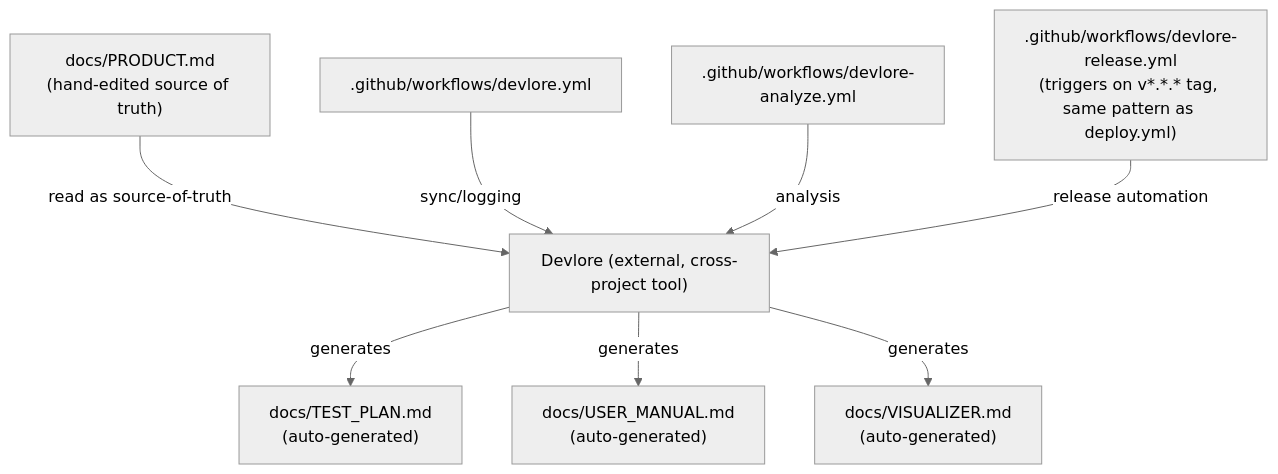
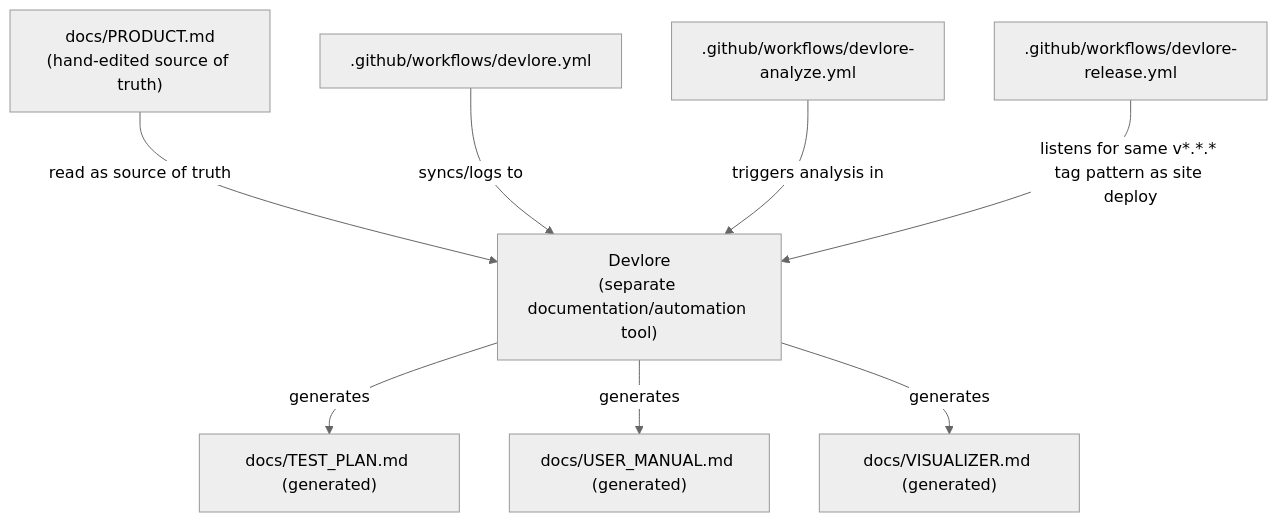
One commit to BubbaF377/heartland-fermenters-guild changed the third of 3 diagrams in docs/VISUALIZER.md. Above: the diagram before and after it, drawn with Mermaid (neutral theme). The commit also changed other lines of this file, not shown here.

Commit message:
Update visualizer (requirements changed): heartland-fermenters-guild

````diff
--- a/docs/VISUALIZER.md
+++ b/docs/VISUALIZER.md
@@ -78,22 +65,21 @@
 ```mermaid
 graph TD
     ProductDoc["docs/PRODUCT.md<br/>(hand-edited source of truth)"]
-    TestPlan["docs/TEST_PLAN.md<br/>(auto-generated)"]
-    UserManual["docs/USER_MANUAL.md<br/>(auto-generated)"]
-    Visualizer["docs/VISUALIZER.md<br/>(auto-generated)"]
+    Devlore["Devlore<br/>(separate documentation/automation tool)"]
 
-    DevloreWF[".github/workflows/devlore.yml"]
-    DevloreAnalyzeWF[".github/workflows/devlore-analyze.yml"]
-    DevloreReleaseWF[".github/workflows/devlore-release.yml<br/>(triggers on v*.*.* tag, same pattern as deploy.yml)"]
+    TestPlan["docs/TEST_PLAN.md (generated)"]
+    UserManual["docs/USER_MANUAL.md (generated)"]
+    Visualizer["docs/VISUALIZER.md (generated)"]
 
-    Devlore["Devlore (external, cross-project tool)"]
+    WfSync[".github/workflows/devlore.yml"]
+    WfAnalyze[".github/workflows/devlore-analyze.yml"]
+    WfRelease[".github/workflows/devlore-release.yml"]
 
-    ProductDoc -- "read as source-of-truth" --> Devlore
-    Devlore -- "generates" --> TestPlan
-    Devlore -- "generates" --> UserManual
-    Devlore -- "generates" --> Visualizer
-
-    DevloreWF -- "sync/logging" --> Devlore
-    DevloreAnalyzeWF -- "analysis" --> Devlore
-    DevloreReleaseWF -- "release automation" --> Devlore
+    ProductDoc -->|"read as source of truth"| Devlore
+    Devlore -->|"generates"| TestPlan
+    Devlore -->|"generates"| UserManual
+    Devlore -->|"generates"| Visualizer
+    WfSync -->|"syncs/logs to"| Devlore
+    WfAnalyze -->|"triggers analysis in"| Devlore
+    WfRelease -->|"listens for same v*.*.* tag pattern as site deploy"| Devlore
 ```
````
